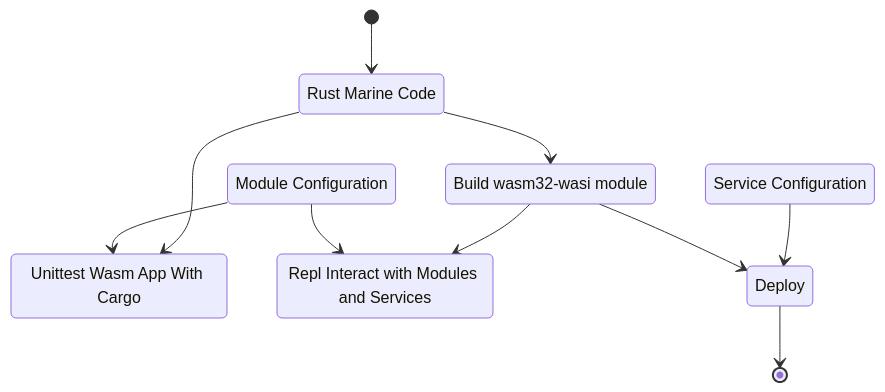
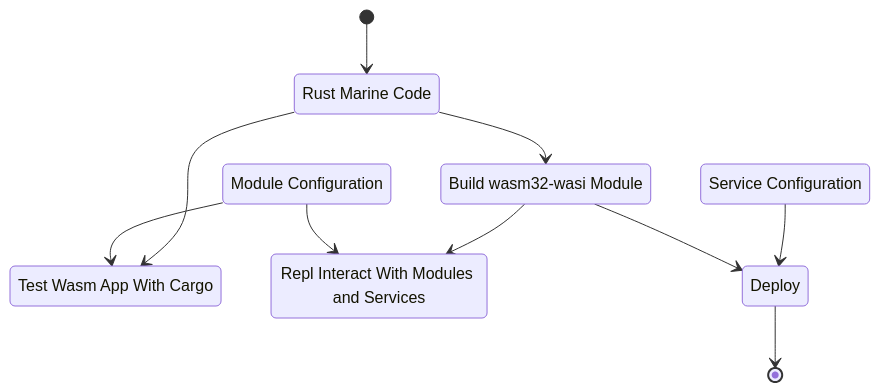
Before and after one commit to fluencelabs/devcontainer: the diagram in tutorial/marine/quick_start.md, drawn with Mermaid. The commit also changed other lines of this file, not shown here.

````diff
--- a/tutorial/marine/quick_start.md
+++ b/tutorial/marine/quick_start.md
@@ -15,20 +15,20 @@
 ```mermaid
     stateDiagram
     state "Rust Marine Code" as Code
-    state "Build wasm32-wasi module" as Build
-    state "Unittest Wasm App With Cargo" as Test
-    state "Repl Interact with Modules and Services" as Repl
+    state "Build wasm32-wasi Module" as Build
+    state "Test Wasm App With Cargo" as Test
+    state "Repl Interact With Modules and Services" as Repl
     state "Module Configuration" as Config
     state "Service Configuration" as Service
     %% state "something" as Wasm
 
     [*] --> Code
     Code --> Test
     Code -->  Build
     Build --> Repl
     Config --> Repl
     Config --> Test
     Service --> Deploy
     Build --> Deploy
     Deploy --> [*]
 ```
````
